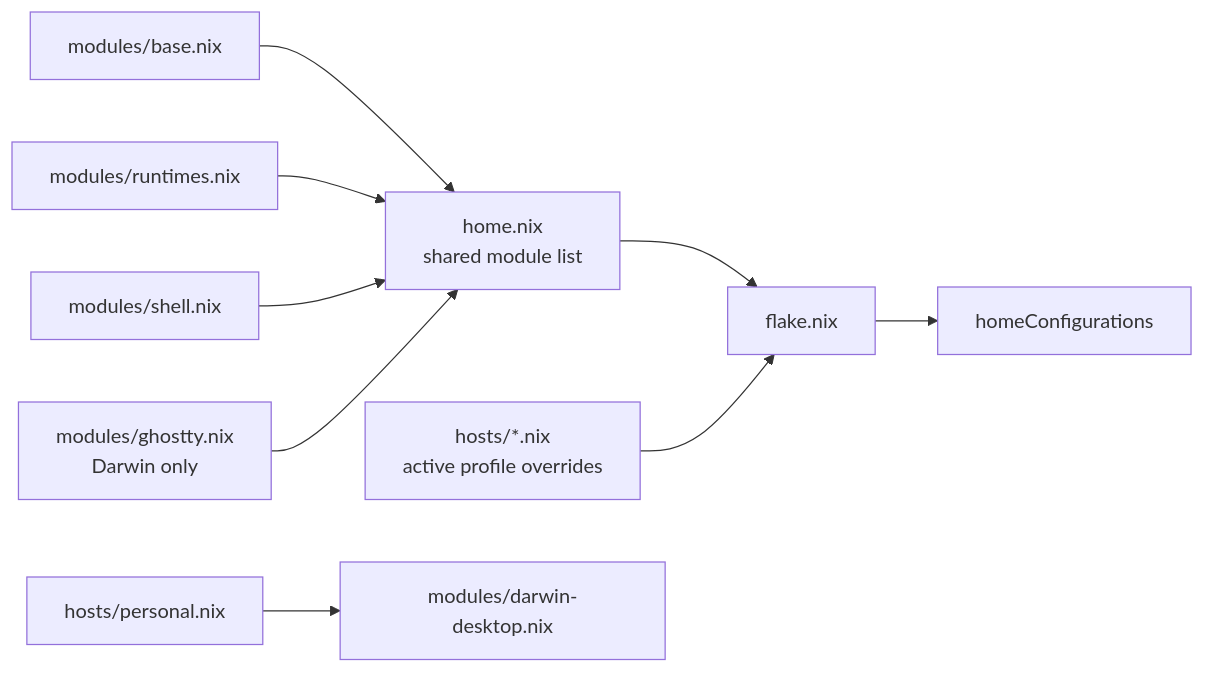
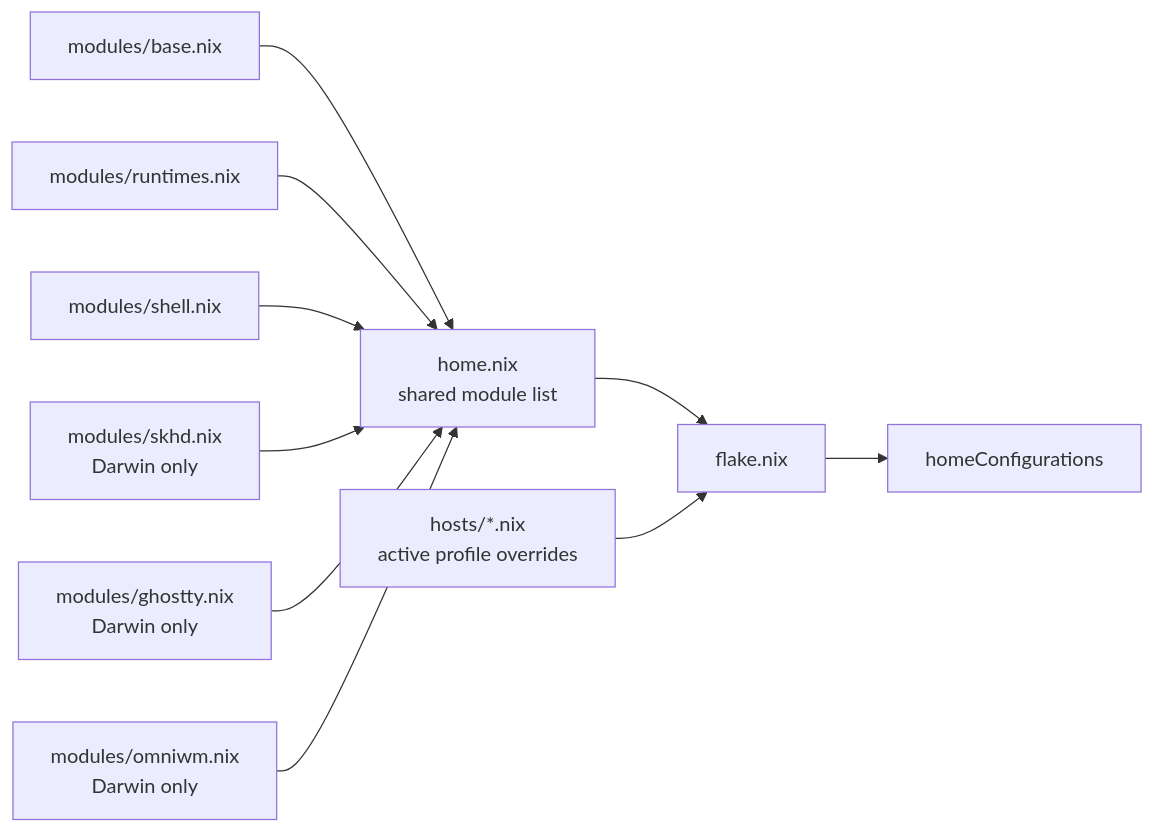
One commit to nyelonong/homie changed the diagram in README.md. Above: the diagram before and after it, drawn with Mermaid. The commit also changed other lines of this file and 7 other files, not shown here.

First line of the commit message:
Share skhd and OmniWM across Darwin profiles

````diff
--- a/README.md
+++ b/README.md
@@ -48,11 +48,12 @@
 ```mermaid
 flowchart LR
     B["modules/base.nix"] --> H["home.nix<br/>shared module list"]
     R["modules/runtimes.nix"] --> H
     S["modules/shell.nix"] --> H
+    K["modules/skhd.nix<br/>Darwin only"] --> H
     G["modules/ghostty.nix<br/>Darwin only"] --> H
+    A["modules/omniwm.nix<br/>Darwin only"] --> H
     H --> F["flake.nix"]
     HOST["hosts/*.nix<br/>active profile overrides"] --> F
-    PERSONAL["hosts/personal.nix"] --> DESKTOP["modules/darwin-desktop.nix"]
     F --> OUT["homeConfigurations"]
 ```
````
